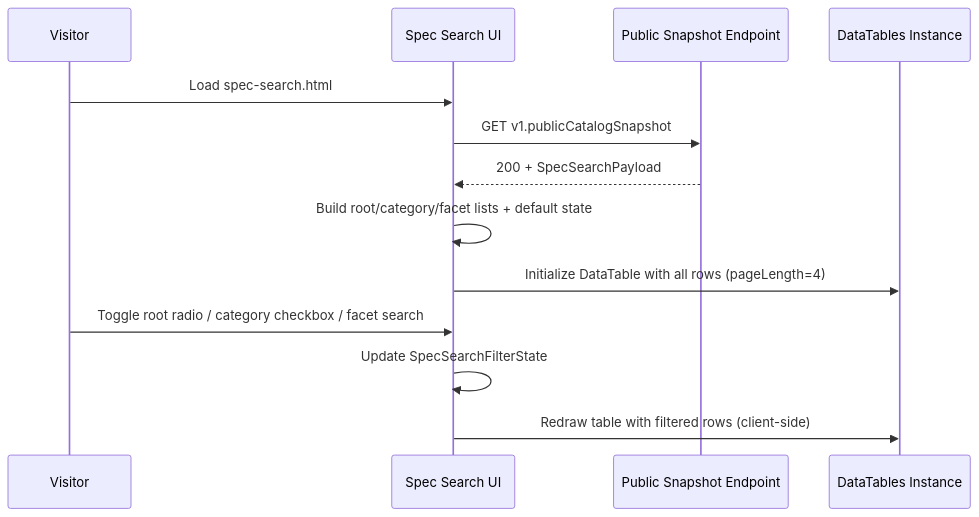
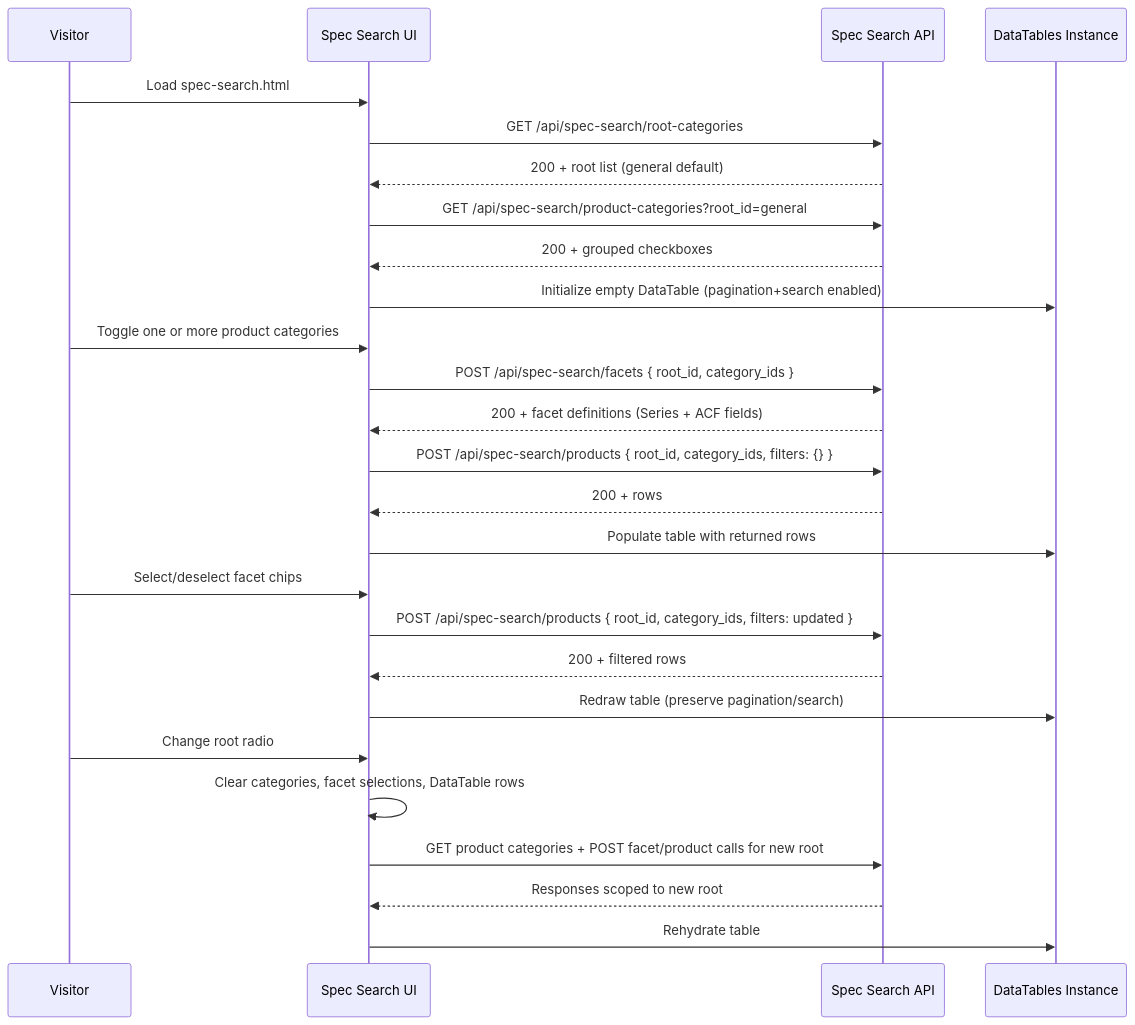
One commit to sinjie2008/Foundational-Electronics-Core-Systems changed the sixth of 19 diagrams in docs/spec.md. Above: the diagram before and after it, drawn with Mermaid. The commit also changed other lines of this file and 15 other files, not shown here.

First line of the commit message:
Product Catalog Manager - Stable v 0.0.1 - Bootstrap 5 release - Bootstrap 5 datatables release

````diff
--- a/docs/spec.md
+++ b/docs/spec.md
@@ -534,15 +541,28 @@
 ```mermaid
 sequenceDiagram
     participant V as Visitor
     participant S as Spec Search UI
-    participant API as Public Snapshot Endpoint
+    participant API as Spec Search API
     participant DT as DataTables Instance
     V->>S: Load spec-search.html
-    S->>API: GET v1.publicCatalogSnapshot
-    API-->>S: 200 + SpecSearchPayload
-    S->>S: Build root/category/facet lists + default state
-    S->>DT: Initialize DataTable with all rows (pageLength=4)
-    V->>S: Toggle root radio / category checkbox / facet search
-    S->>S: Update SpecSearchFilterState
-    S->>DT: Redraw table with filtered rows (client-side)
+    S->>API: GET /api/spec-search/root-categories
+    API-->>S: 200 + root list (general default)
+    S->>API: GET /api/spec-search/product-categories?root_id=general
+    API-->>S: 200 + grouped checkboxes
+    S->>DT: Initialize empty DataTable (pagination+search enabled)
+    V->>S: Toggle one or more product categories
+    S->>API: POST /api/spec-search/facets { root_id, category_ids }
+    API-->>S: 200 + facet definitions (Series + ACF fields)
+    S->>API: POST /api/spec-search/products { root_id, category_ids, filters: {} }
+    API-->>S: 200 + rows
+    S->>DT: Populate table with returned rows
+    V->>S: Select/deselect facet chips
+    S->>API: POST /api/spec-search/products { root_id, category_ids, filters: updated }
+    API-->>S: 200 + filtered rows
+    S->>DT: Redraw table (preserve pagination/search)
+    V->>S: Change root radio
+    S->>S: Clear categories, facet selections, DataTable rows
+    S->>API: GET product categories + POST facet/product calls for new root
+    API-->>S: Responses scoped to new root
+    S->>DT: Rehydrate table
 ```
````
